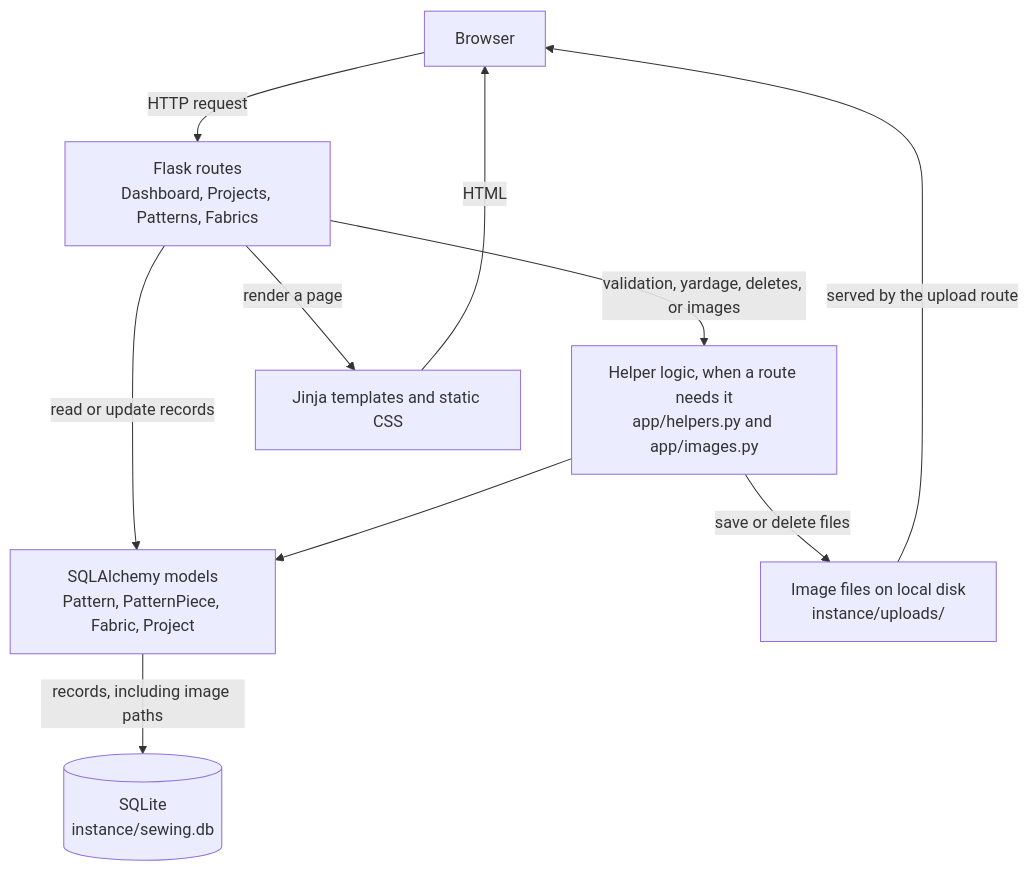
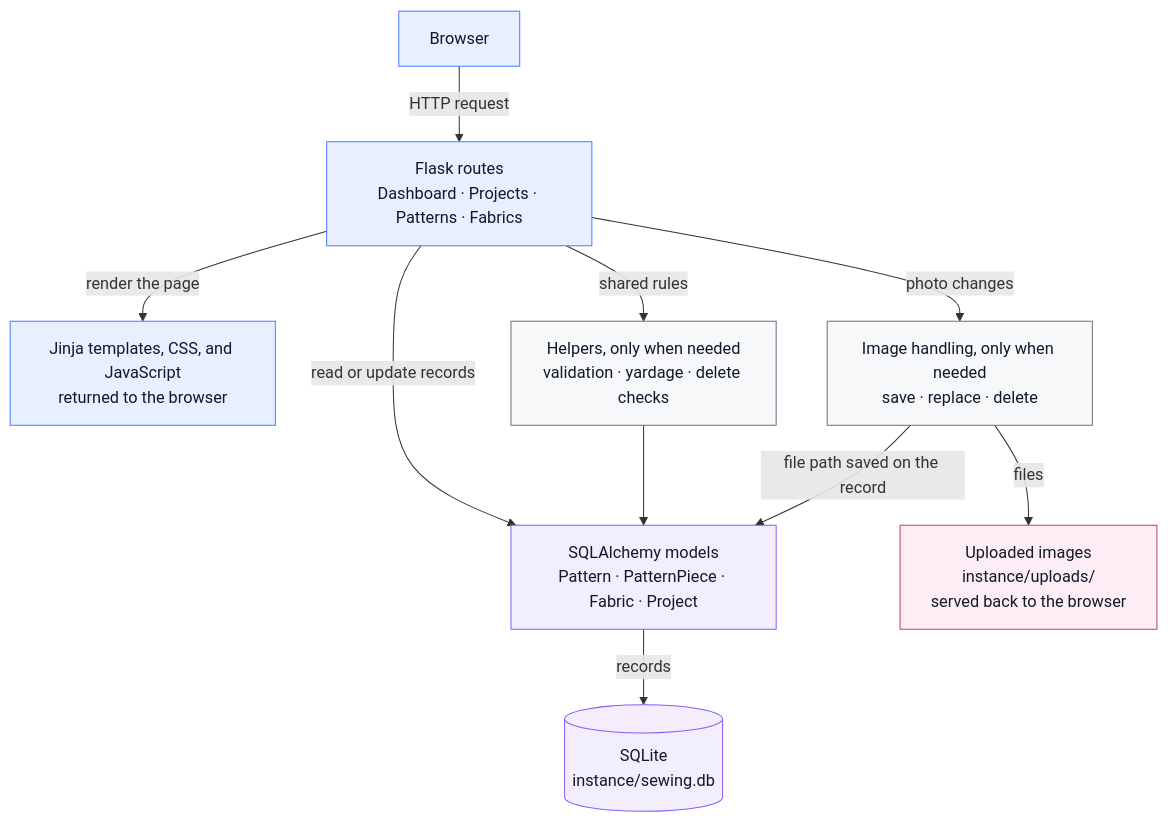
One commit to MollyRich1/sewing-project-tracker changed the diagram in README.md. Above: the diagram before and after it, drawn with Mermaid. The commit also changed other lines of this file, not shown here.

Commit message:
README updates

````diff
--- a/README.md
+++ b/README.md
@@ -154,20 +154,36 @@
 ```mermaid
 flowchart TD
     browser[Browser]
-    routes["Flask routes<br/>Dashboard, Projects, Patterns, Fabrics"]
-    helpers["Helper logic, when a route needs it<br/>app/helpers.py and app/images.py"]
-    models["SQLAlchemy models<br/>Pattern, PatternPiece, Fabric, Project"]
-    database[("SQLite<br/>instance/sewing.db")]
-    uploads["Image files on local disk<br/>instance/uploads/"]
-    templates["Jinja templates and static CSS"]
+    routes["Flask routes<br/>Dashboard · Projects · Patterns · Fabrics"]
 
     browser -->|HTTP request| routes
+
+    view["Jinja templates, CSS, and JavaScript<br/>returned to the browser"]
+    helpers["Helpers, only when needed<br/>validation · yardage · delete checks"]
+    models["SQLAlchemy models<br/>Pattern · PatternPiece · Fabric · Project"]
+    images["Image handling, only when needed<br/>save · replace · delete"]
+
+    routes -->|render the page| view
+    routes -->|shared rules| helpers
     routes -->|read or update records| models
-    routes -->|validation, yardage, deletes, or images| helpers
+    routes -->|photo changes| images
+
     helpers --> models
-    helpers -->|save or delete files| uploads
-    models -->|records, including image paths| database
-    routes -->|render a page| templates
-    templates -->|HTML| browser
-    uploads -->|served by the upload route| browser
+    images -->|file path saved on the record| models
+
+    db[("SQLite<br/>instance/sewing.db")]
+    uploads["Uploaded images<br/>instance/uploads/<br/>served back to the browser"]
+
+    models -->|records| db
+    images -->|files| uploads
+
+    classDef entry fill:#e8f0ff,stroke:#4f7cff,color:#111827
+    classDef optional fill:#f7f8fa,stroke:#6b7280,color:#111827
+    classDef data fill:#f3eefe,stroke:#8b5cf6,color:#111827
+    classDef files fill:#fdeef5,stroke:#c2416c,color:#111827
+
+    class browser,routes,view entry
+    class helpers,images optional
+    class models,db data
+    class uploads files
 ```
````
